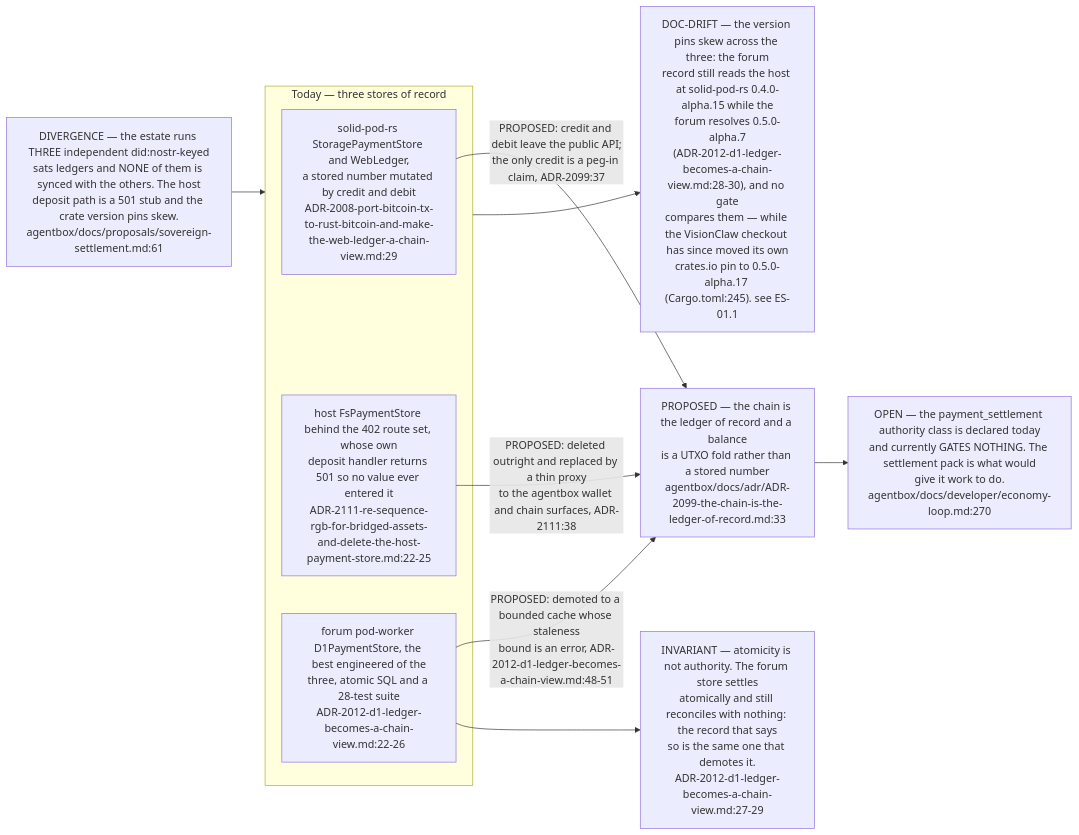
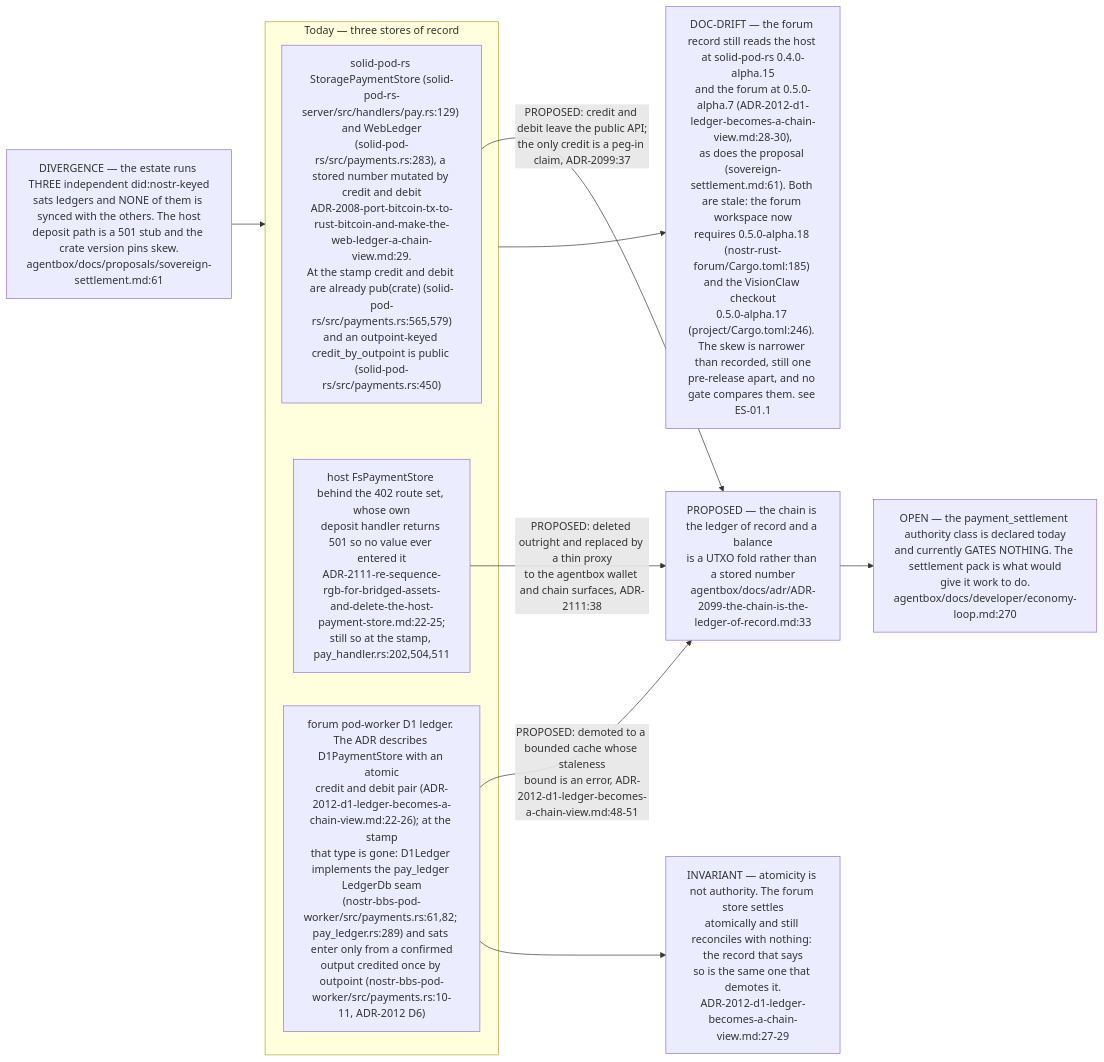
Before and after one commit to DreamLab-AI/VisionFlow: diagram 12 of 12 in docs/diagrams/estate/03-cross-repo-federation-contract.md, drawn with Mermaid. The commit also changed other lines of this file and 91 other files, not shown here.

First line of the commit message:
docs(audit): estate audit wave 2, every repository except agentbox and VisionClaw

````diff
--- a/docs/diagrams/estate/03-cross-repo-federation-contract.md
+++ b/docs/diagrams/estate/03-cross-repo-federation-contract.md
@@ -485,25 +512,25 @@
 ```mermaid
 flowchart LR
     FACT["DIVERGENCE — the estate runs THREE independent did:nostr-keyed<br/>sats ledgers and NONE of them is synced with the others. The host<br/>deposit path is a 501 stub and the crate version pins skew.<br/>agentbox/docs/proposals/sovereign-settlement.md:61"]
 
     subgraph TODAY["Today — three stores of record"]
-        L1["solid-pod-rs StoragePaymentStore and WebLedger,<br/>a stored number mutated by credit and debit<br/>ADR-2008-port-bitcoin-tx-to-rust-bitcoin-and-make-the-web-ledger-a-chain-view.md:29"]
-        L2["host FsPaymentStore behind the 402 route set, whose own<br/>deposit handler returns 501 so no value ever entered it<br/>ADR-2111-re-sequence-rgb-for-bridged-assets-and-delete-the-host-payment-store.md:22-25"]
-        L3["forum pod-worker D1PaymentStore, the best engineered of the<br/>three, atomic SQL and a 28-test suite<br/>ADR-2012-d1-ledger-becomes-a-chain-view.md:22-26"]
+        L1["solid-pod-rs StoragePaymentStore (solid-pod-rs-server/src/handlers/pay.rs:129) and WebLedger<br/>(solid-pod-rs/src/payments.rs:283), a stored number mutated by credit and debit<br/>ADR-2008-port-bitcoin-tx-to-rust-bitcoin-and-make-the-web-ledger-a-chain-view.md:29.<br/>At the stamp credit and debit are already pub(crate) (solid-pod-rs/src/payments.rs:565,579)<br/>and an outpoint-keyed credit_by_outpoint is public (solid-pod-rs/src/payments.rs:450)"]
+        L2["host FsPaymentStore behind the 402 route set, whose own<br/>deposit handler returns 501 so no value ever entered it<br/>ADR-2111-re-sequence-rgb-for-bridged-assets-and-delete-the-host-payment-store.md:22-25;<br/>still so at the stamp, pay_handler.rs:202,504,511"]
+        L3["forum pod-worker D1 ledger. The ADR describes D1PaymentStore with an atomic<br/>credit and debit pair (ADR-2012-d1-ledger-becomes-a-chain-view.md:22-26); at the stamp<br/>that type is gone: D1Ledger implements the pay_ledger LedgerDb seam<br/>(nostr-bbs-pod-worker/src/payments.rs:61,82; pay_ledger.rs:289) and sats enter only from a confirmed<br/>output credited once by outpoint (nostr-bbs-pod-worker/src/payments.rs:10-11, ADR-2012 D6)"]
     end
     FACT --> TODAY
 
     CHAIN["PROPOSED — the chain is the ledger of record and a balance<br/>is a UTXO fold rather than a stored number<br/>agentbox/docs/adr/ADR-2099-the-chain-is-the-ledger-of-record.md:33"]
     L1 -->|"PROPOSED: credit and debit leave the public API;<br/>the only credit is a peg-in claim, ADR-2099:37"| CHAIN
     L2 -->|"PROPOSED: deleted outright and replaced by a thin proxy<br/>to the agentbox wallet and chain surfaces, ADR-2111:38"| CHAIN
     L3 -->|"PROPOSED: demoted to a bounded cache whose staleness<br/>bound is an error, ADR-2012-d1-ledger-becomes-a-chain-view.md:48-51"| CHAIN
 
     INV2["INVARIANT — atomicity is not authority. The forum store settles<br/>atomically and still reconciles with nothing: the record that says<br/>so is the same one that demotes it.<br/>ADR-2012-d1-ledger-becomes-a-chain-view.md:27-29"]
     L3 --> INV2
 
     GATE["OPEN — the payment_settlement authority class is declared today<br/>and currently GATES NOTHING. The settlement pack is what would<br/>give it work to do.<br/>agentbox/docs/developer/economy-loop.md:270"]
     CHAIN --> GATE
 
-    SKEW["DOC-DRIFT — the version pins skew across the three: the forum<br/>record still reads the host at solid-pod-rs 0.4.0-alpha.15 while the<br/>forum resolves 0.5.0-alpha.7<br/>(ADR-2012-d1-ledger-becomes-a-chain-view.md:28-30), and no gate<br/>compares them — while the VisionClaw checkout has since moved its own<br/>crates.io pin to 0.5.0-alpha.17 (Cargo.toml:245). see ES-01.1"]
+    SKEW["DOC-DRIFT — the forum record still reads the host at solid-pod-rs 0.4.0-alpha.15<br/>and the forum at 0.5.0-alpha.7 (ADR-2012-d1-ledger-becomes-a-chain-view.md:28-30),<br/>as does the proposal (sovereign-settlement.md:61). Both are stale: the forum workspace now<br/>requires 0.5.0-alpha.18 (nostr-rust-forum/Cargo.toml:185) and the VisionClaw checkout<br/>0.5.0-alpha.17 (project/Cargo.toml:246). The skew is narrower than recorded, still one<br/>pre-release apart, and no gate compares them. see ES-01.1"]
     TODAY --> SKEW
 ```
````
